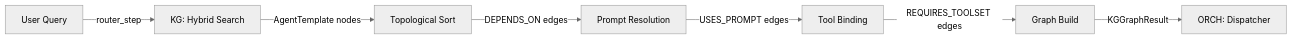
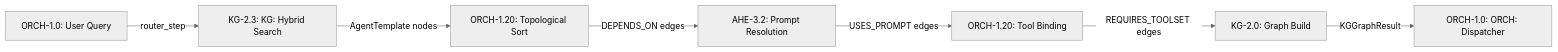
One commit to Knuckles-Team/agent-utilities changed the diagram in docs/pillars/1_graph_orchestration/ORCH-1.20-KG_Graph_Factory.md. Above: the diagram before and after it, drawn with Mermaid (neutral theme). The commit also changed 325 other files, not shown here.

````diff
--- a/docs/pillars/1_graph_orchestration/ORCH-1.20-KG_Graph_Factory.md
+++ b/docs/pillars/1_graph_orchestration/ORCH-1.20-KG_Graph_Factory.md
@@ -23,9 +23,9 @@
 ```mermaid
 flowchart LR
-    Q["User Query"] -->|"router_step"| SEARCH["KG: Hybrid Search"]
-    SEARCH -->|"AgentTemplate nodes"| TOPO["Topological Sort"]
-    TOPO -->|"DEPENDS_ON edges"| PROMPT["Prompt Resolution"]
-    PROMPT -->|"USES_PROMPT edges"| TOOL["Tool Binding"]
-    TOOL -->|"REQUIRES_TOOLSET edges"| BUILD["Graph Build"]
-    BUILD -->|"KGGraphResult"| DISPATCH["ORCH: Dispatcher"]
+    Q["ORCH-1.0: User Query"] -->|"router_step"| SEARCH["KG-2.3: KG: Hybrid Search"]
+    SEARCH -->|"AgentTemplate nodes"| TOPO["ORCH-1.20: Topological Sort"]
+    TOPO -->|"DEPENDS_ON edges"| PROMPT["AHE-3.2: Prompt Resolution"]
+    PROMPT -->|"USES_PROMPT edges"| TOOL["ORCH-1.20: Tool Binding"]
+    TOOL -->|"REQUIRES_TOOLSET edges"| BUILD["KG-2.0: Graph Build"]
+    BUILD -->|"KGGraphResult"| DISPATCH["ORCH-1.0: ORCH: Dispatcher"]
 ```
````
